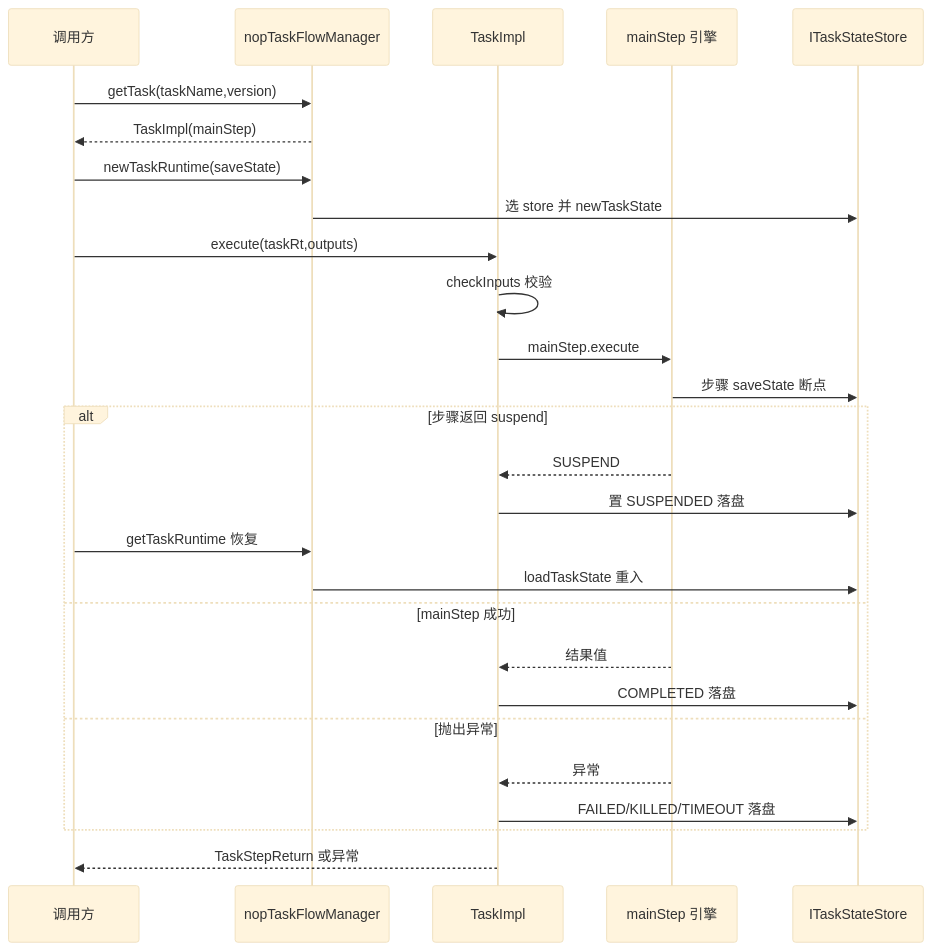
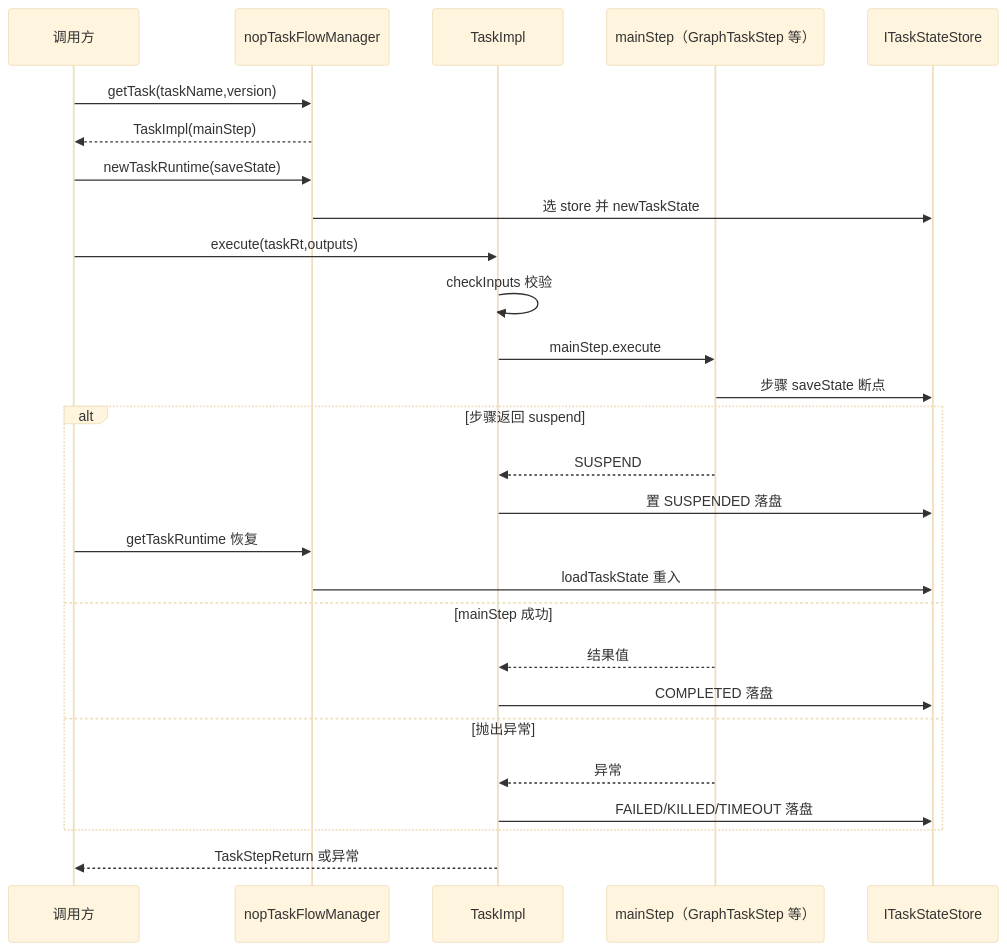
The second of 2 diagrams in deepwiki/nop-task/architecture.md (entropy-cloud/nop-entropy), drawn with Mermaid (base theme) before and after one commit. The commit also changed other lines of this file and 24 other files, not shown here.

First line of the commit message:
feat(deepwiki): plan 367 Phase 1-4——引用全量机检/mermaid 渲染校验/skill 自检/密度硬约束 + 16 页重生成

````diff
--- a/deepwiki/nop-task/architecture.md
+++ b/deepwiki/nop-task/architecture.md
@@ -86,29 +155,29 @@
 ```mermaid
 sequenceDiagram
     participant C as 调用方
     participant M as nopTaskFlowManager
     participant T as TaskImpl
-    participant G as mainStep 引擎
+    participant G as mainStep（GraphTaskStep 等）
     participant S as ITaskStateStore
     C->>M: getTask(taskName,version)
     M-->>C: TaskImpl(mainStep)
     C->>M: newTaskRuntime(saveState)
     M->>S: 选 store 并 newTaskState
     C->>T: execute(taskRt,outputs)
     T->>T: checkInputs 校验
     T->>G: mainStep.execute
     G->>S: 步骤 saveState 断点
     alt 步骤返回 suspend
         G-->>T: SUSPEND
         T->>S: 置 SUSPENDED 落盘
         C->>M: getTaskRuntime 恢复
         M->>S: loadTaskState 重入
     else mainStep 成功
         G-->>T: 结果值
         T->>S: COMPLETED 落盘
     else 抛出异常
         G-->>T: 异常
         T->>S: FAILED/KILLED/TIMEOUT 落盘
     end
     T-->>C: TaskStepReturn 或异常
 ```
````
